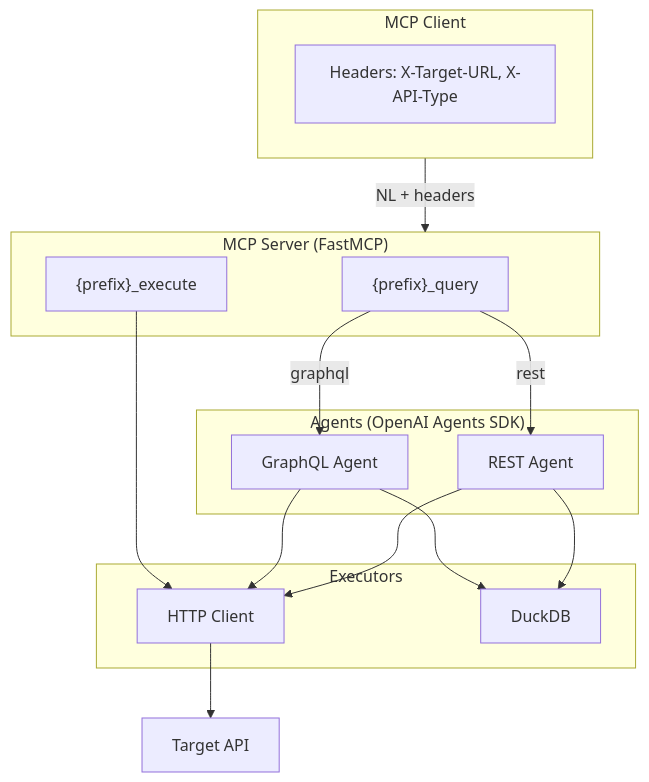
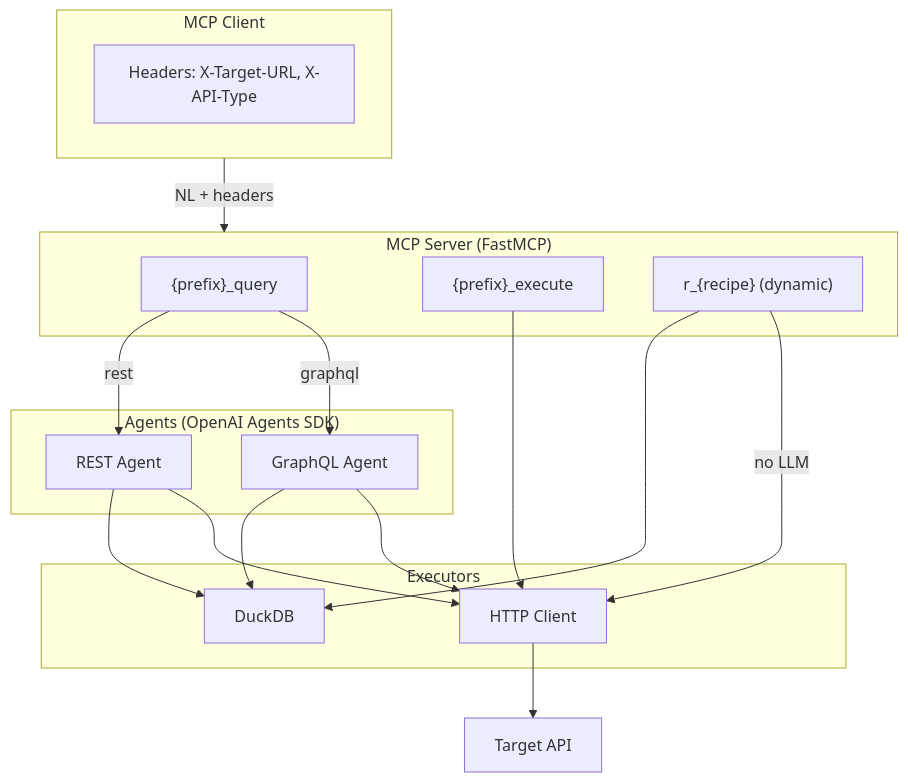
One commit to karthikrajkumar/api-agent changed the second of 3 diagrams in README.md. Above: the diagram before and after it, drawn with Mermaid. The commit also changed other lines of this file and 31 other files, not shown here.

````diff
--- a/README.md
+++ b/README.md
@@ -154,31 +162,34 @@
 ```mermaid
 flowchart TB
     subgraph Client["MCP Client"]
         H["Headers: X-Target-URL, X-API-Type"]
     end
 
     subgraph MCP["MCP Server (FastMCP)"]
         Q["{prefix}_query"]
         E["{prefix}_execute"]
+        R["r_{recipe} (dynamic)"]
     end
 
     subgraph Agent["Agents (OpenAI Agents SDK)"]
         GA["GraphQL Agent"]
         RA["REST Agent"]
     end
 
     subgraph Exec["Executors"]
         HTTP["HTTP Client"]
         Duck["DuckDB"]
     end
 
     Client -->|NL + headers| MCP
     Q -->|graphql| GA
     Q -->|rest| RA
     E --> HTTP
+    R -->|"no LLM"| HTTP
+    R --> Duck
     GA --> HTTP
     RA --> HTTP
     GA --> Duck
     RA --> Duck
     HTTP --> API[Target API]
 ```
````
